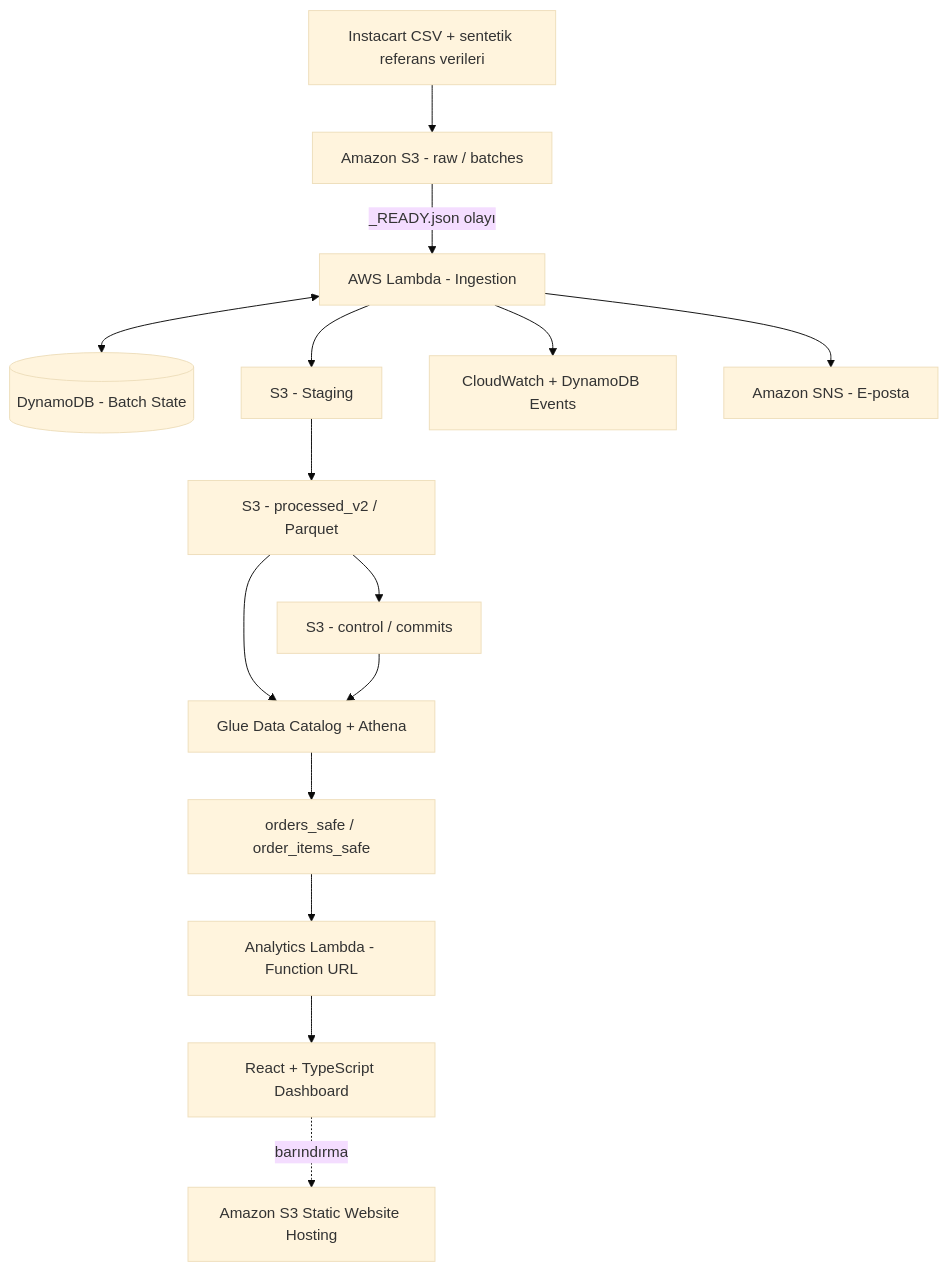
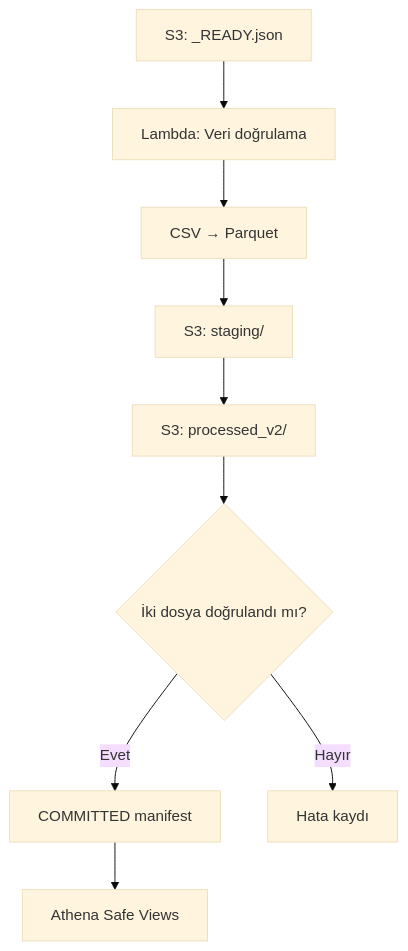
Before and after one commit to OzgeHavvaSahin/instacart-aws-analytics: the diagram in docs/report.md, drawn with Mermaid (base theme). The commit also changed other lines of this file, not shown here.

First line of the commit message:
Revise system architecture and add S3 Data Lake details

````diff
--- a/docs/report.md
+++ b/docs/report.md
@@ -40,17 +122,11 @@
 ```mermaid
 flowchart TD
-    A[Instacart CSV + sentetik referans verileri] --> B[Amazon S3 - raw / batches]
-    B -->|_READY.json olayı| C[AWS Lambda - Ingestion]
-    C <--> D[(DynamoDB - Batch State)]
-    C --> E[S3 - Staging]
-    E --> F[S3 - processed_v2 / Parquet]
-    F --> G[S3 - control / commits]
-    F --> H[Glue Data Catalog + Athena]
-    G --> H
-    H --> I[orders_safe / order_items_safe]
-    I --> J[Analytics Lambda - Function URL]
-    J --> K[React + TypeScript Dashboard]
-    C --> L[CloudWatch + DynamoDB Events]
-    C --> M[Amazon SNS - E-posta]
-    K -. barındırma .-> N[Amazon S3 Static Website Hosting]
+    A["S3: _READY.json"] --> B["Lambda: Veri doğrulama"]
+    B --> C["CSV → Parquet"]
+    C --> D["S3: staging/"]
+    D --> E["S3: processed_v2/"]
+    E --> F{"İki dosya doğrulandı mı?"}
+    F -->|Evet| G["COMMITTED manifest"]
+    F -->|Hayır| H["Hata kaydı"]
+    G --> I["Athena Safe Views"]
 ```
````
